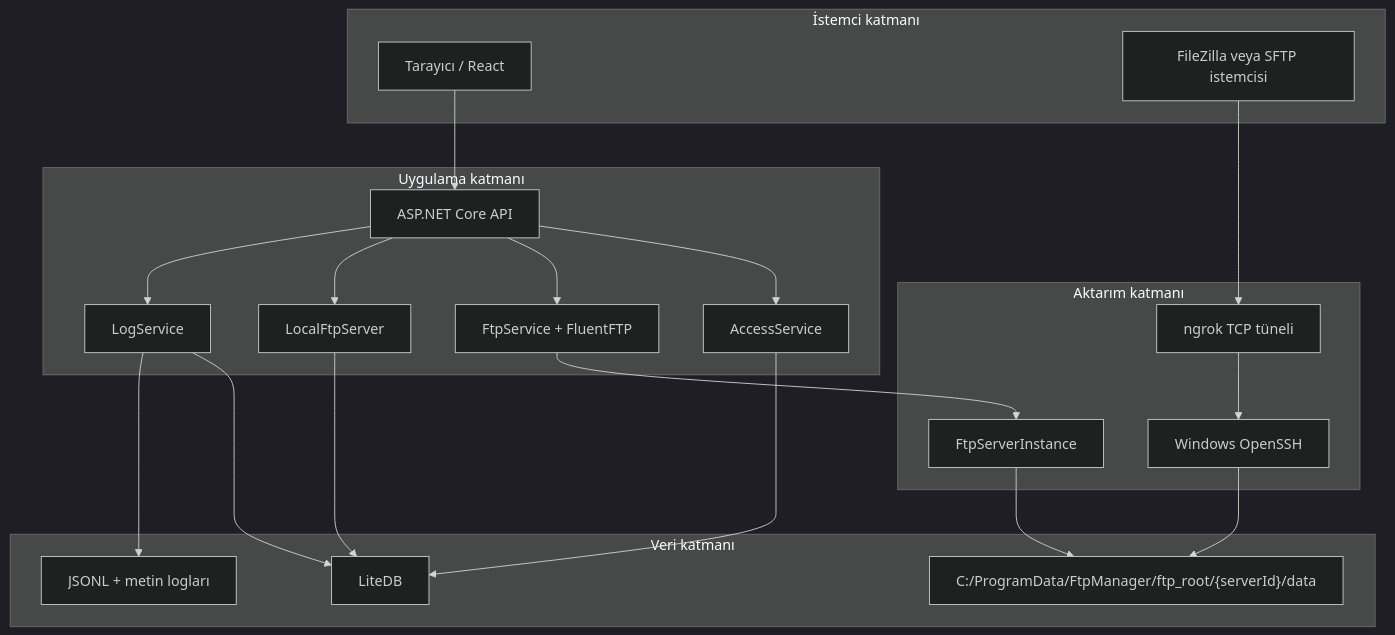
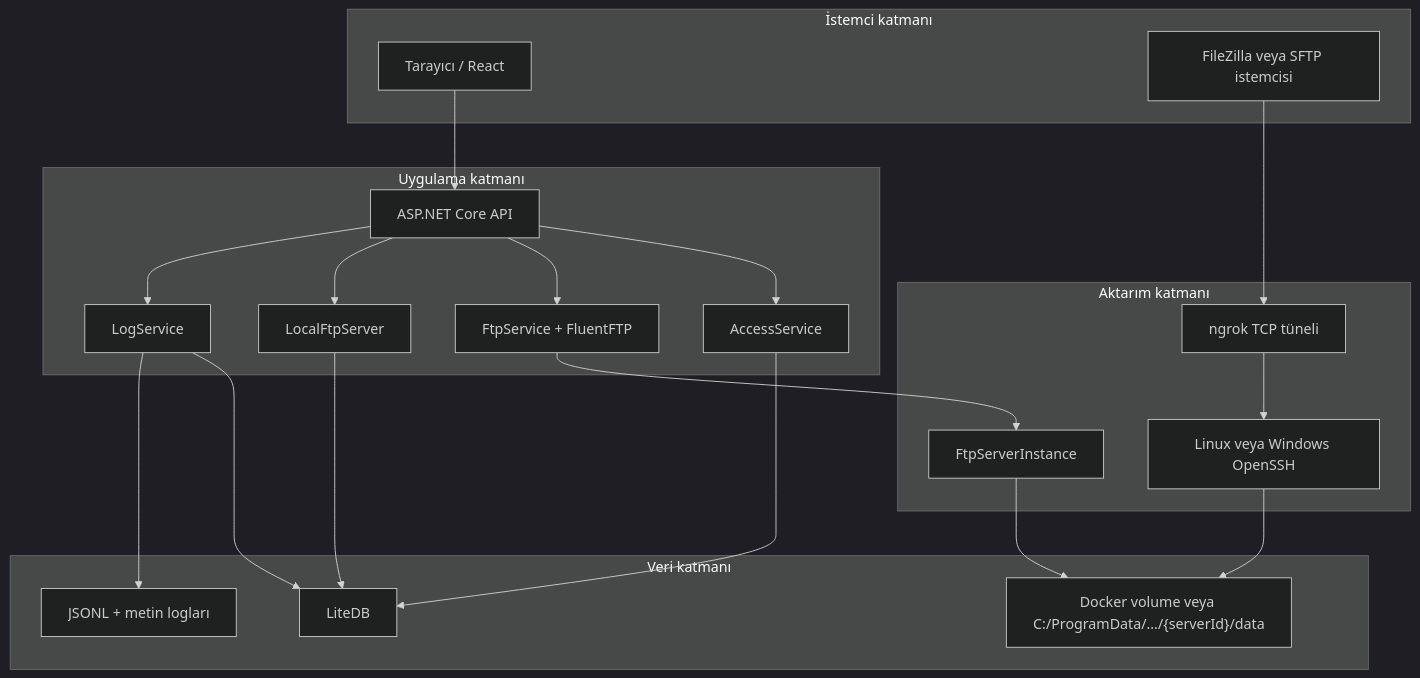
One commit to ottamina/FTP_Dosya_Yonetimi changed the first of 8 diagrams in docs/01_SISTEM_MIMARISI.md. Above: the diagram before and after it, drawn with Mermaid (dark theme). The commit also changed other lines of this file and 9 other files, not shown here.

````diff
--- a/docs/01_SISTEM_MIMARISI.md
+++ b/docs/01_SISTEM_MIMARISI.md
@@ -15,42 +15,42 @@
 ```mermaid
 flowchart TB
     subgraph Client["İstemci katmanı"]
         Browser["Tarayıcı / React"]
         FileZilla["FileZilla veya SFTP istemcisi"]
     end
 
     subgraph Application["Uygulama katmanı"]
         Api["ASP.NET Core API"]
         Access["AccessService"]
         FtpClient["FtpService + FluentFTP"]
         Manager["LocalFtpServer"]
         Logs["LogService"]
     end
 
     subgraph Transport["Aktarım katmanı"]
         BuiltInFtp["FtpServerInstance"]
-        OpenSsh["Windows OpenSSH"]
+        OpenSsh["Linux veya Windows OpenSSH"]
         Ngrok["ngrok TCP tüneli"]
     end
 
     subgraph Storage["Veri katmanı"]
         LiteDb["LiteDB"]
-        Data["C:/ProgramData/FtpManager/ftp_root/{serverId}/data"]
+        Data["Docker volume veya C:/ProgramData/.../{serverId}/data"]
         LogFiles["JSONL + metin logları"]
     end
 
     Browser --> Api
     Api --> Access
     Api --> FtpClient
     Api --> Manager
     Api --> Logs
     Access --> LiteDb
     Manager --> LiteDb
     Logs --> LiteDb
     Logs --> LogFiles
     FtpClient --> BuiltInFtp
     BuiltInFtp --> Data
     FileZilla --> Ngrok
     Ngrok --> OpenSsh
     OpenSsh --> Data
 ```
````
